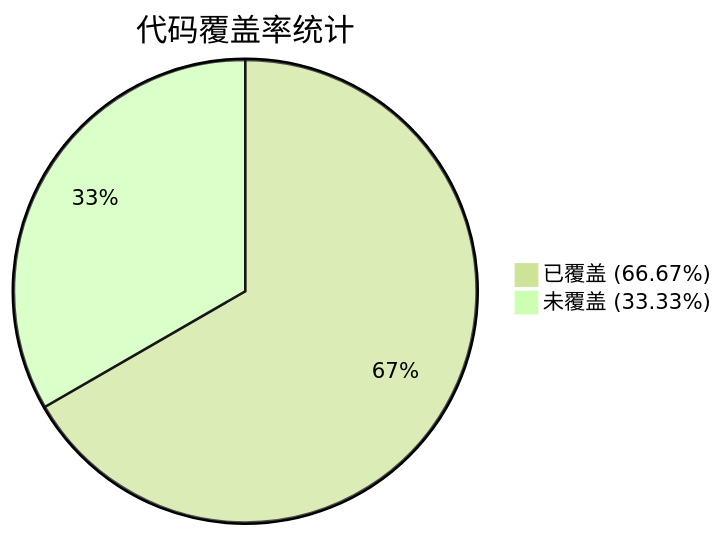
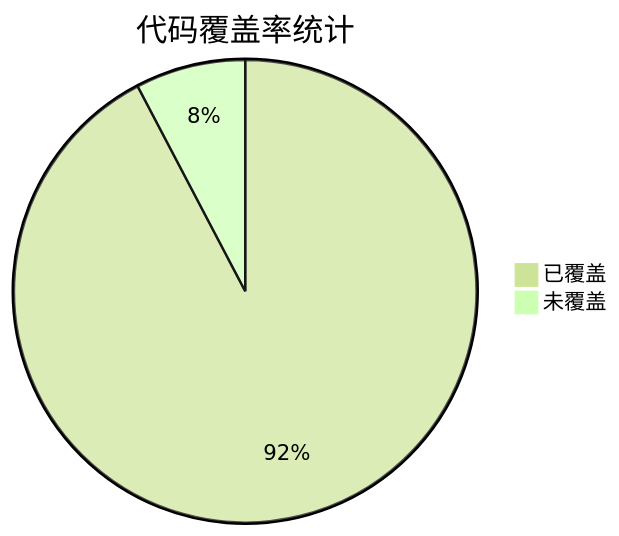
One commit to before80/prgms changed the second of 2 diagrams in content/C/basic/Chapter-28-Debugging-Testing.md. Above: the diagram before and after it, drawn with Mermaid (forest theme). The commit also changed other lines of this file and 4787 other files, not shown here.

````diff
--- a/content/C/basic/Chapter-28-Debugging-Testing.md
+++ b/content/C/basic/Chapter-28-Debugging-Testing.md
@@ -1166,5 +1139,5 @@
 ```mermaid
 pie title 代码覆盖率统计
-    "已覆盖 (66.67%)" : 4
-    "未覆盖 (33.33%)" : 2
+    "已覆盖" : 12
+    "未覆盖" : 1
 ```
````
